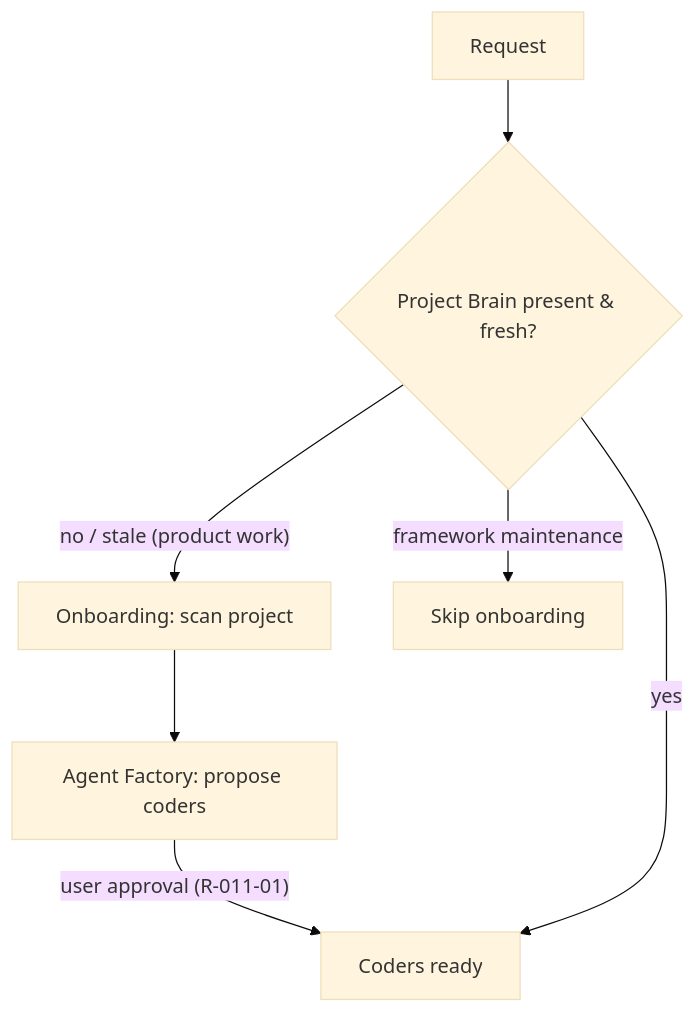
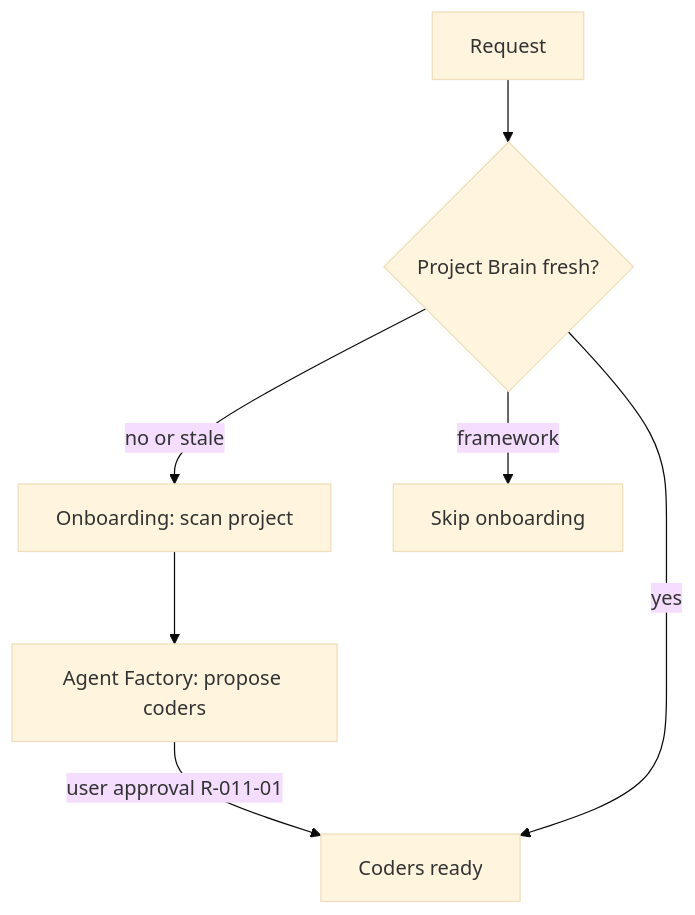
Before and after one commit to ryan-nguyen-01/agent-workspace: the second of 10 diagrams in .maestro/engine/docs/visual-flow.md, drawn with Mermaid (base theme). The commit also changed other lines of this file and 8 other files, not shown here.

First line of the commit message:
fix(diagrams): mermaid-safe syntax + single source; docs link to visual-flow

````diff
--- a/.maestro/engine/docs/visual-flow.md
+++ b/.maestro/engine/docs/visual-flow.md
@@ -29,9 +35,9 @@
 ```mermaid
 flowchart TD
-  S["Request"] --> Q{"Project Brain present & fresh?"}
-  Q -->|"no / stale (product work)"| ON["Onboarding: scan project"]
+  S["Request"] --> Q{"Project Brain fresh?"}
+  Q -->|no or stale| ON["Onboarding: scan project"]
   ON --> AF["Agent Factory: propose coders"]
-  AF -->|"user approval (R-011-01)"| RC["Coders ready"]
+  AF -->|user approval R-011-01| RC["Coders ready"]
   Q -->|yes| RC
-  Q -->|framework maintenance| FM["Skip onboarding"]
+  Q -->|framework| FM["Skip onboarding"]
 ```
````
